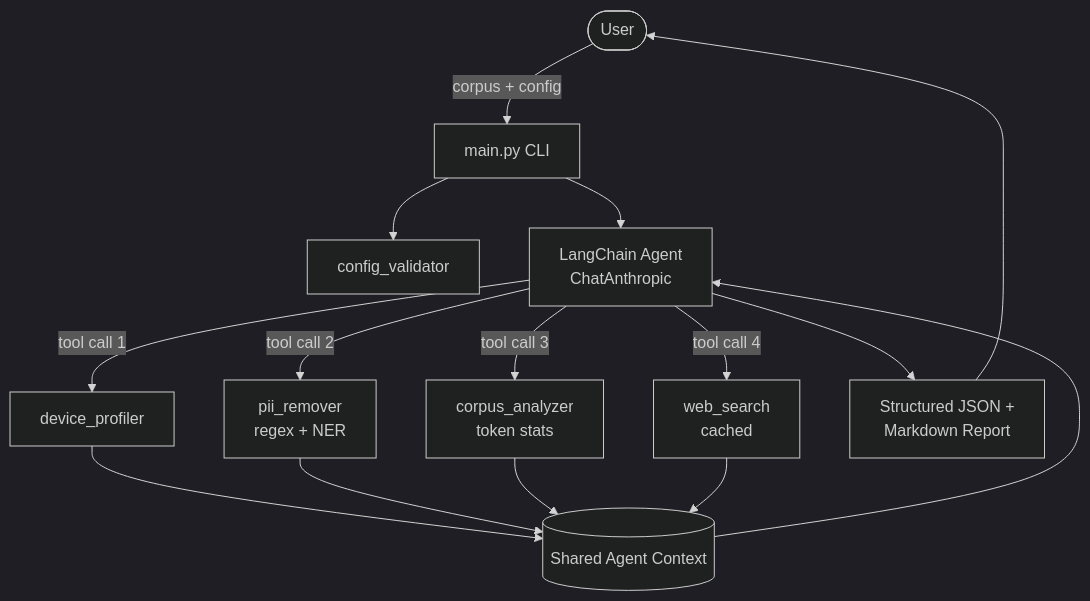
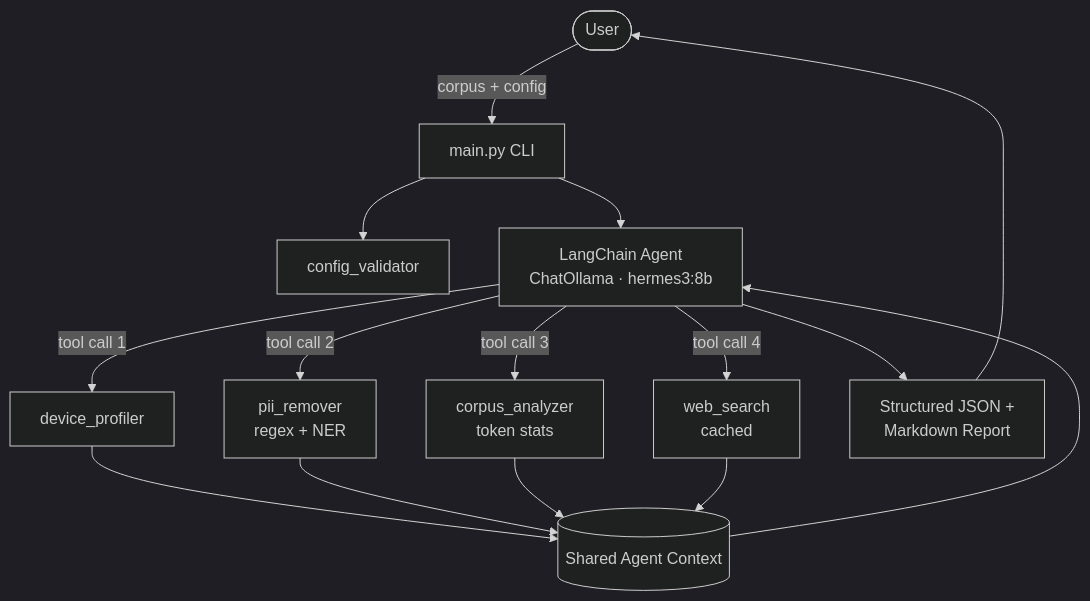
Before and after one commit to varneya/SmartEmbedAgent: the diagram in README.md, drawn with Mermaid (dark theme). The commit also changed other lines of this file and 8 other files, not shown here.

````diff
--- a/README.md
+++ b/README.md
@@ -44,20 +44,20 @@
 ```mermaid
 flowchart TD
     User([User]) -->|corpus + config| Main[main.py CLI]
     Main --> Validator[config_validator]
-    Main --> Agent[LangChain Agent<br/>ChatAnthropic]
+    Main --> Agent[LangChain Agent<br/>ChatOllama · hermes3:8b]
 
     Agent -->|tool call 1| Profiler[device_profiler]
     Agent -->|tool call 2| PII[pii_remover<br/>regex + NER]
     Agent -->|tool call 3| Analyzer[corpus_analyzer<br/>token stats]
     Agent -->|tool call 4| Search[web_search<br/>cached]
 
     Profiler --> Ctx[(Shared Agent Context)]
     PII --> Ctx
     Analyzer --> Ctx
     Search --> Ctx
 
     Ctx --> Agent
     Agent --> Recommendation[Structured JSON +<br/>Markdown Report]
     Recommendation --> User
 ```
````
